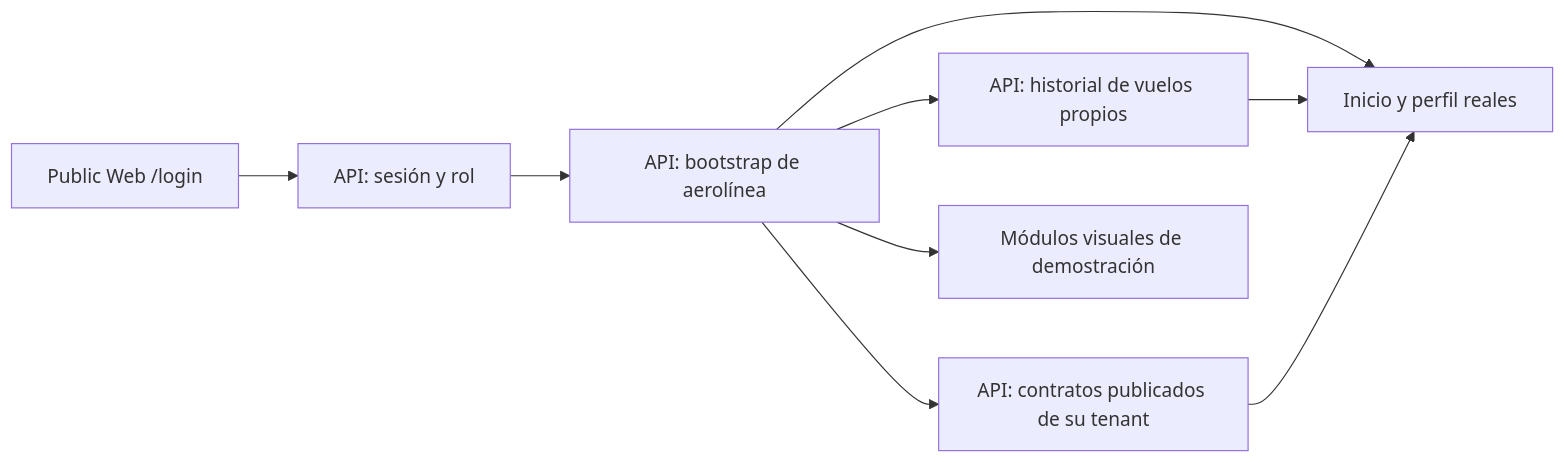
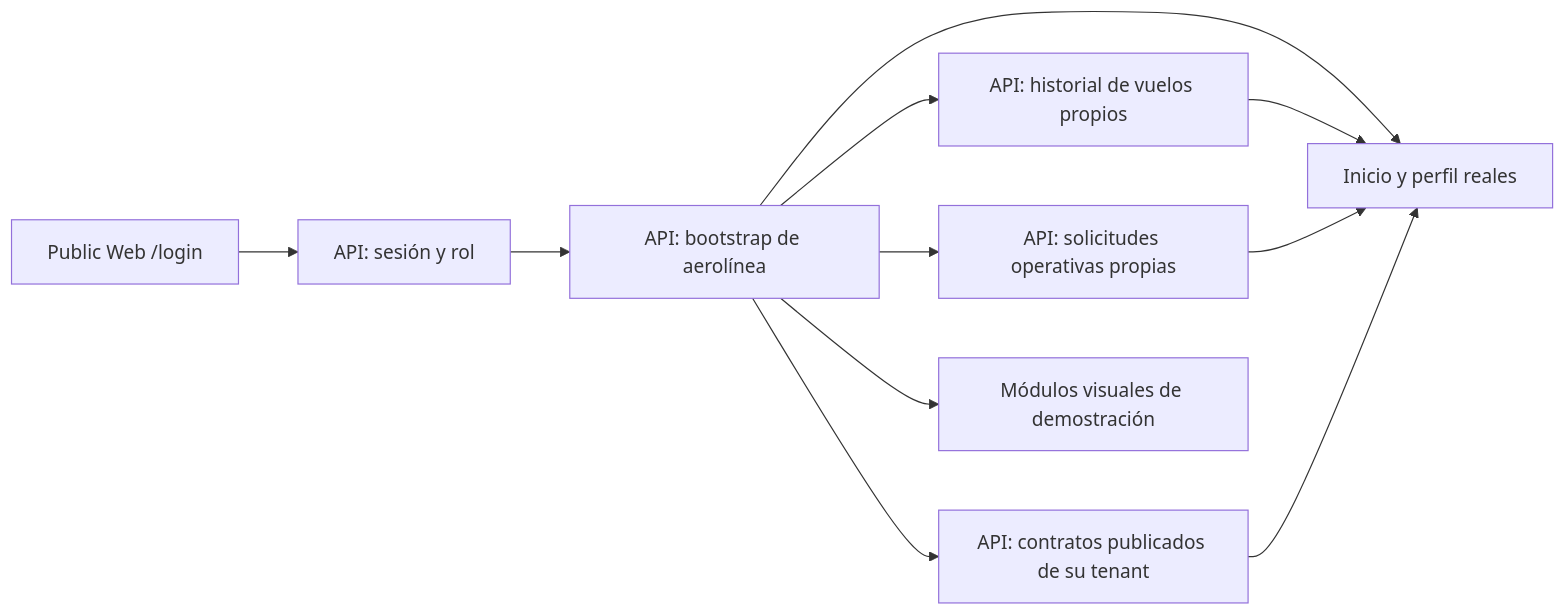
Before and after one commit to ErickEduardo027/ELEVANT: the diagram in Vault/05-aplicaciones/public-web-portal.md, drawn with Mermaid. The commit also changed other lines of this file and 26 other files, not shown here.

````diff
--- a/Vault/05-aplicaciones/public-web-portal.md
+++ b/Vault/05-aplicaciones/public-web-portal.md
@@ -69,11 +70,13 @@
 ```mermaid
 flowchart LR
     L[Public Web /login] --> A[API: sesión y rol]
     A --> B[API: bootstrap de aerolínea]
     B --> R[Inicio y perfil reales]
     B --> H[API: historial de vuelos propios]
     H --> R
+    B --> Q[API: solicitudes operativas propias]
+    Q --> R
     B --> C[API: contratos publicados de su tenant]
     C --> R
     B --> P[Módulos visuales de demostración]
 ```
````
